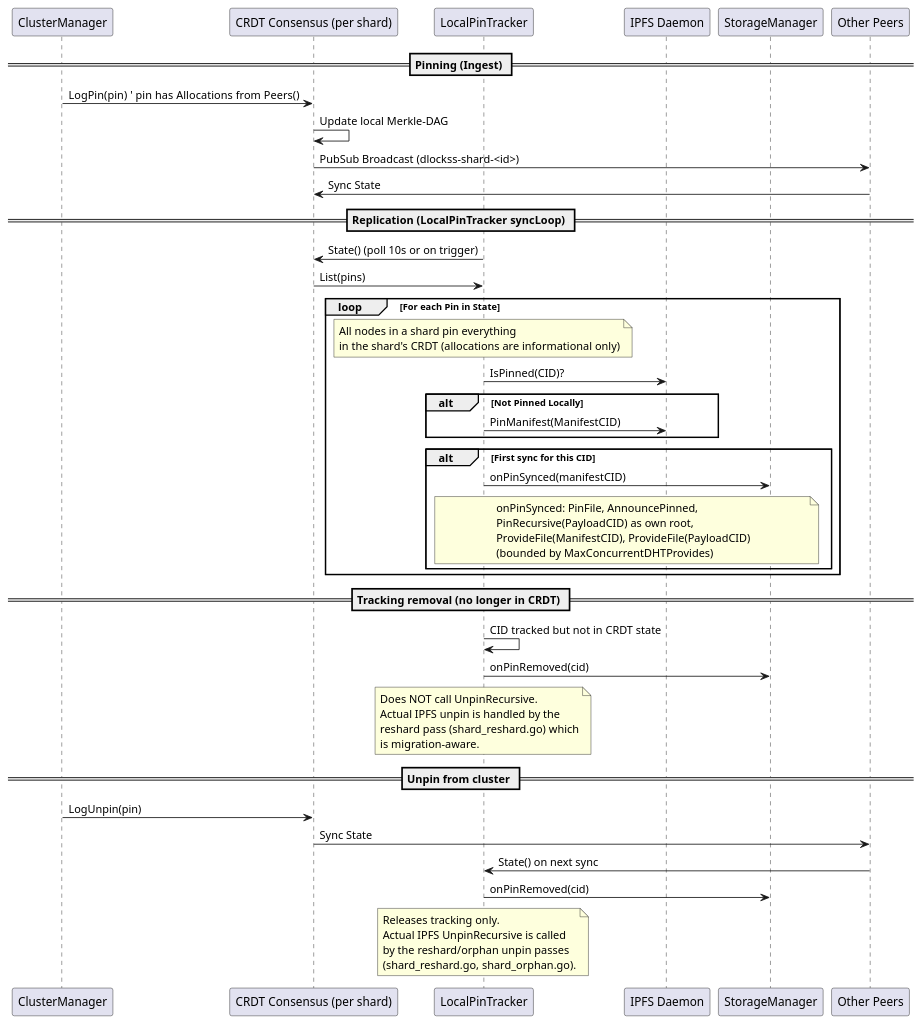
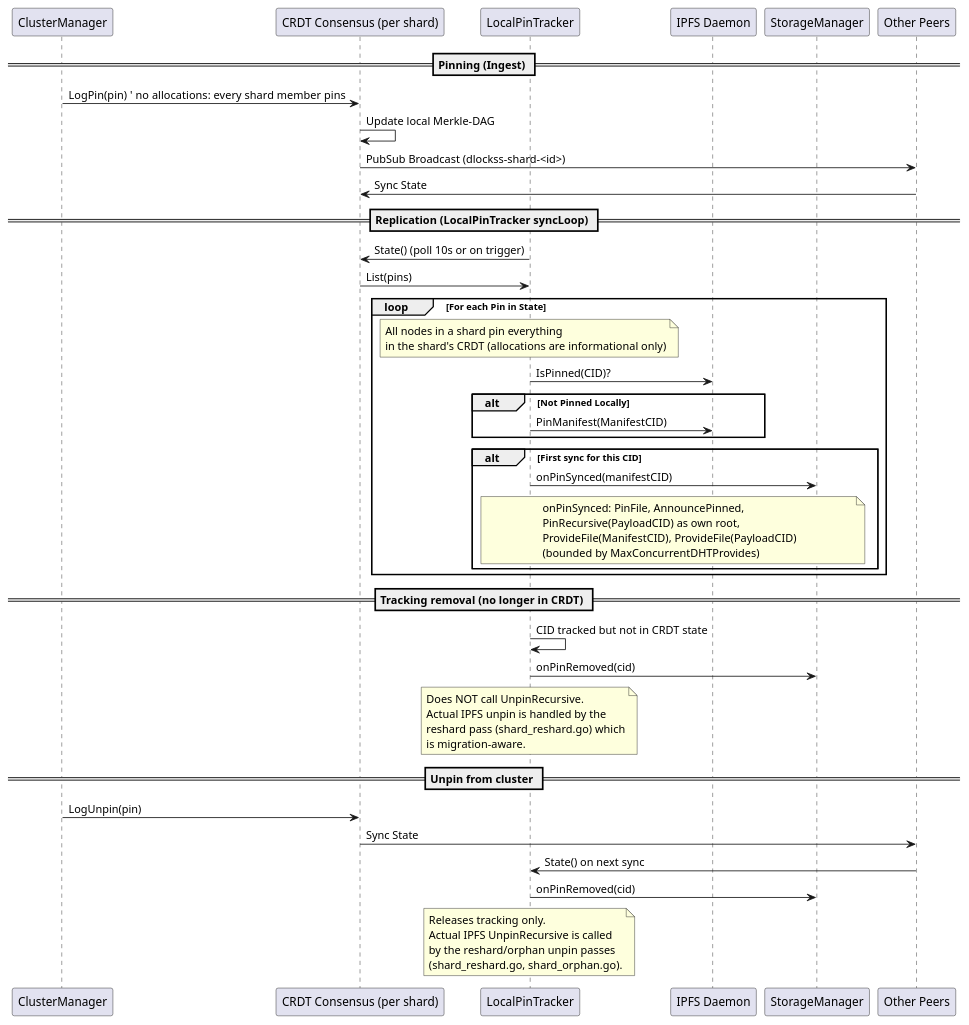
Before and after one commit to gipplab/D-LOCKSS: the diagram in docs/replication_check_sequence.puml, drawn with PlantUML. The commit also changed 19 other files, not shown here.

```diff
--- a/docs/replication_check_sequence.puml
+++ b/docs/replication_check_sequence.puml
@@ -1,48 +1,48 @@
 @startuml Cluster State Sync Sequence
 
 participant "ClusterManager" as ClusterMgr
 participant "CRDT Consensus (per shard)" as CRDT
 participant "LocalPinTracker" as PinTracker
 participant "IPFS Daemon" as IPFS
 participant "StorageManager" as Storage
 participant "Other Peers" as Peers
 
 == Pinning (Ingest) ==
 
-ClusterMgr -> CRDT: LogPin(pin)  ' pin has Allocations from Peers()
+ClusterMgr -> CRDT: LogPin(pin)  ' no allocations: every shard member pins
 CRDT -> CRDT: Update local Merkle-DAG
 CRDT -> Peers: PubSub Broadcast (dlockss-shard-<id>)
 Peers -> CRDT: Sync State
 
 == Replication (LocalPinTracker syncLoop) ==
 
 PinTracker -> CRDT: State() (poll 10s or on trigger)
 CRDT -> PinTracker: List(pins)
 
 loop For each Pin in State
     Note over PinTracker: All nodes in a shard pin everything\nin the shard's CRDT (allocations are informational only)
     PinTracker -> IPFS: IsPinned(CID)?
     alt Not Pinned Locally
         PinTracker -> IPFS: PinManifest(ManifestCID)
     end
     alt First sync for this CID
         PinTracker -> Storage: onPinSynced(manifestCID)
         Note over PinTracker, Storage: onPinSynced: PinFile, AnnouncePinned,\nPinRecursive(PayloadCID) as own root,\nProvideFile(ManifestCID), ProvideFile(PayloadCID)\n(bounded by MaxConcurrentDHTProvides)
     end
 end
 
 == Tracking removal (no longer in CRDT) ==
 
 PinTracker -> PinTracker: CID tracked but not in CRDT state
 PinTracker -> Storage: onPinRemoved(cid)
 Note over PinTracker: Does NOT call UnpinRecursive.\nActual IPFS unpin is handled by the\nreshard pass (shard_reshard.go) which\nis migration-aware.
 
 == Unpin from cluster ==
 
 ClusterMgr -> CRDT: LogUnpin(pin)
 CRDT -> Peers: Sync State
 Peers -> PinTracker: State() on next sync
 PinTracker -> Storage: onPinRemoved(cid)
 Note over PinTracker: Releases tracking only.\nActual IPFS UnpinRecursive is called\nby the reshard/orphan unpin passes\n(shard_reshard.go, shard_orphan.go).
 
 @enduml
```
